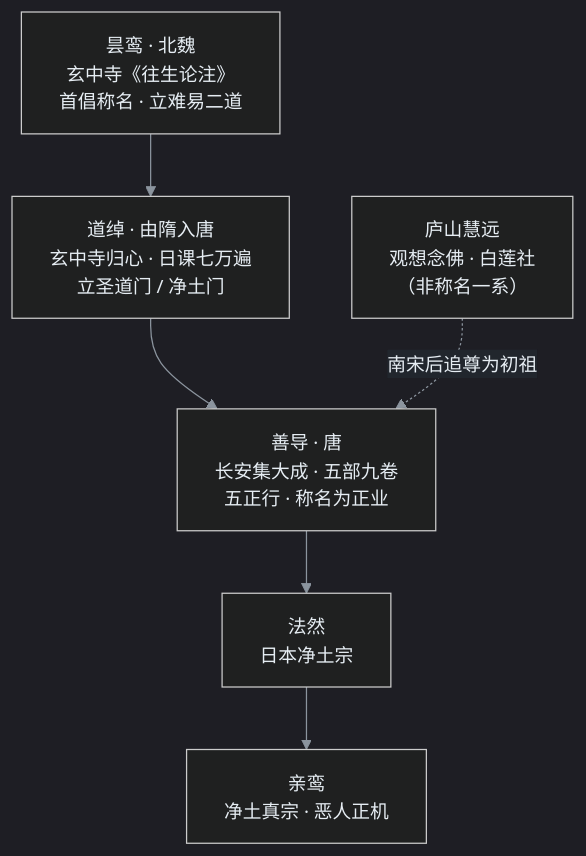
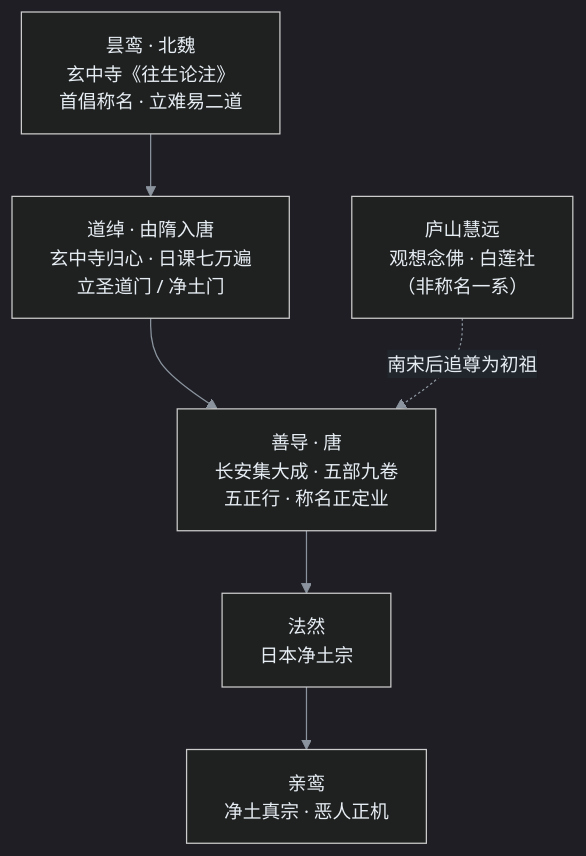
The first of 2 diagrams in drafts/中系/中22-净土宗与密宗他力易行道与开元三大士.md (yeyangchen2009/draft-review), drawn with Mermaid before and after one commit. The commit also changed other lines of this file and 1 other file, not shown here.

````diff
--- a/drafts/中系/中22-净土宗与密宗他力易行道与开元三大士.md
+++ b/drafts/中系/中22-净土宗与密宗他力易行道与开元三大士.md
@@ -50,13 +50,13 @@
 ```mermaid
 %%{init: {'theme':'dark','themeVariables':{'background':'#0d1117','primaryColor':'#1f6feb','primaryTextColor':'#ffffff','primaryBorderColor':'#79c0ff','secondaryColor':'#21262d','tertiaryColor':'#30363d','lineColor':'#8b949e','textColor':'#e6edf3','clusterBkg':'#161b22','clusterBorder':'#58a6ff','edgeLabelBackground':'#21262d','fontSize':'15px'}}}%%
 flowchart TD
     TL["昙鸾 · 北魏<br/>玄中寺《往生论注》<br/>首倡称名 · 立难易二道"]
     DC["道绰 · 由隋入唐<br/>玄中寺归心 · 日课七万遍<br/>立圣道门 / 净土门"]
-    SD["善导 · 唐<br/>长安集大成 · 五部九卷<br/>五正行 · 称名为正业"]
+    SD["善导 · 唐<br/>长安集大成 · 五部九卷<br/>五正行 · 称名正定业"]
     FR["法然<br/>日本净土宗"]
     QL["亲鸾<br/>净土真宗 · 恶人正机"]
     HY["庐山慧远<br/>观想念佛 · 白莲社<br/>（非称名一系）"]
     TL --> DC --> SD
     SD --> FR --> QL
     HY -. "南宋后追尊为初祖" .-> SD
 ```
````
